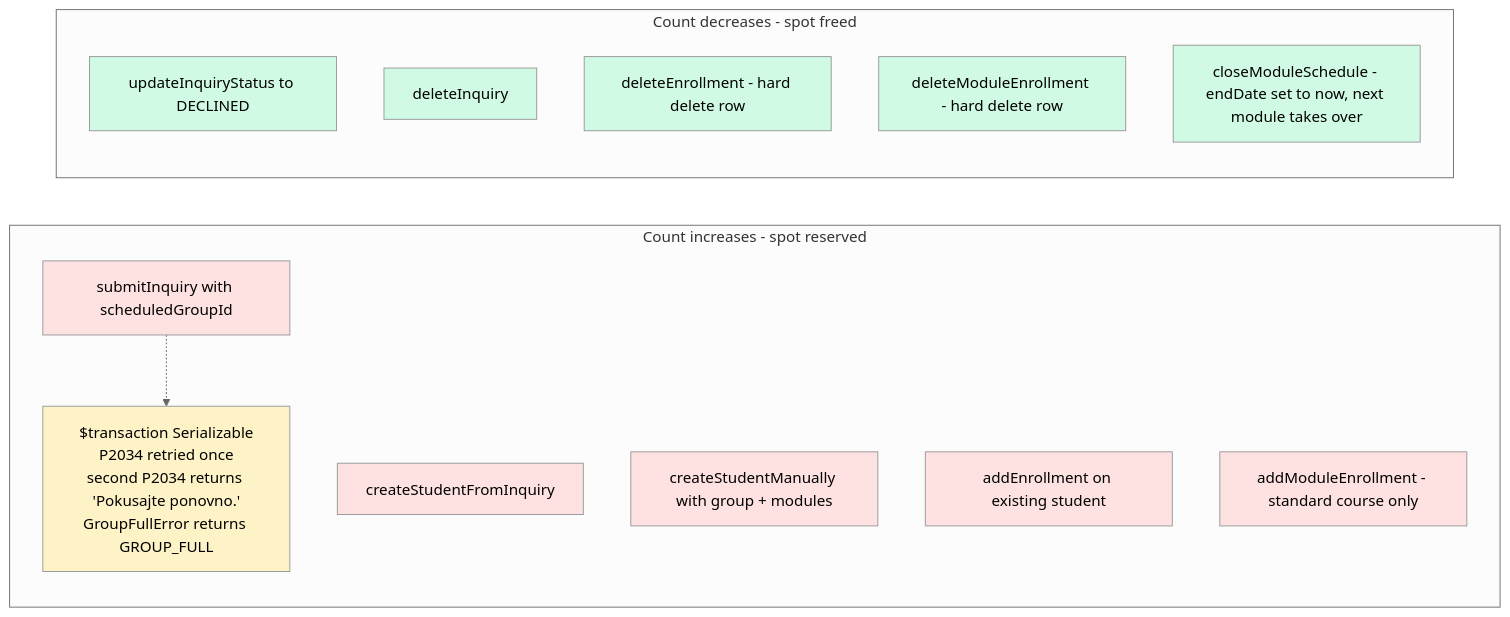
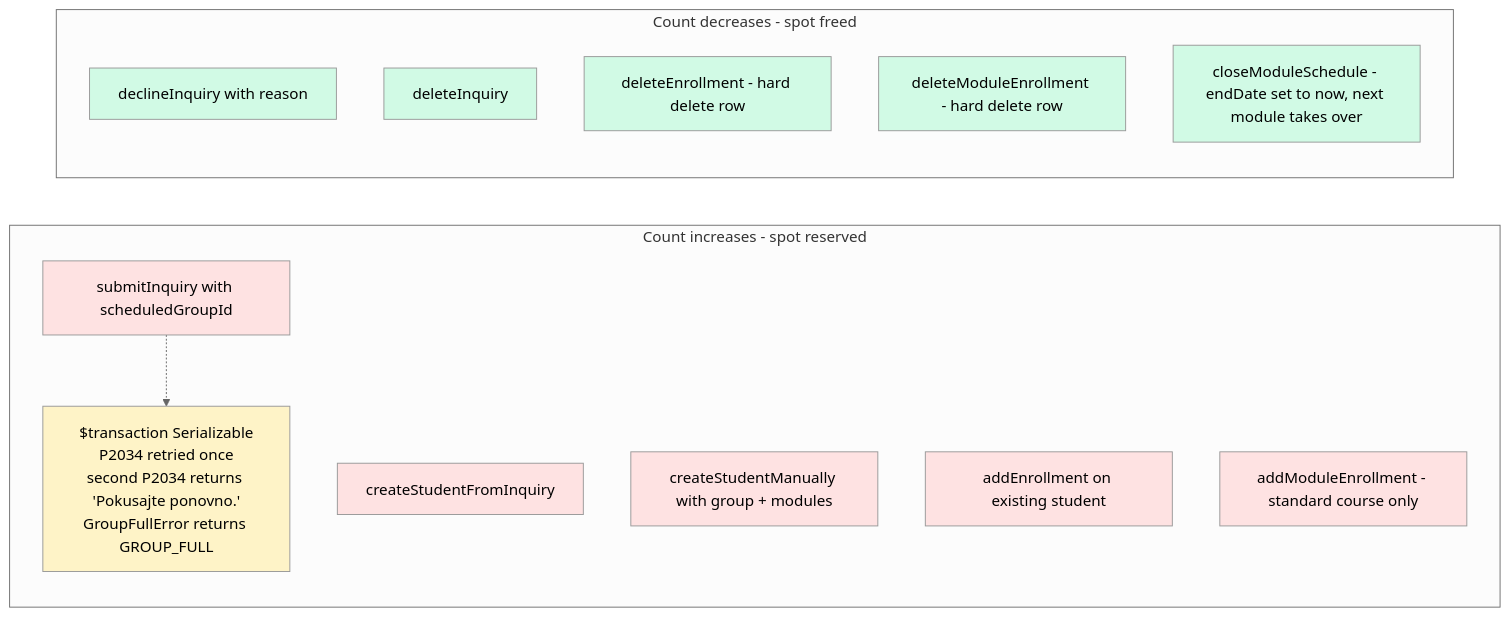
Before and after one commit to jpucic00/inovatic: the third of 12 diagrams in docs/diagrams/flowchart.md, drawn with Mermaid (neutral theme). The commit also changed other lines of this file and 1 other file, not shown here.

First line of the commit message:
Update enrollment diagrams for declineInquiry and capacity guard

````diff
--- a/docs/diagrams/flowchart.md
+++ b/docs/diagrams/flowchart.md
@@ -47,32 +47,32 @@
 ```mermaid
 flowchart LR
     subgraph "Count increases - spot reserved"
         R1[submitInquiry with scheduledGroupId]
         R2[createStudentFromInquiry]
         R3[createStudentManually with group + modules]
         R4[addEnrollment on existing student]
         R5[addModuleEnrollment - standard course only]
         R1_TX["$transaction Serializable<br/>P2034 retried once<br/>second P2034 returns 'Pokusajte ponovno.'<br/>GroupFullError returns GROUP_FULL"]
         R1 -.-> R1_TX
     end
 
     subgraph "Count decreases - spot freed"
-        F1[updateInquiryStatus to DECLINED]
+        F1[declineInquiry with reason]
         F2[deleteInquiry]
         F3[deleteEnrollment - hard delete row]
         F4[deleteModuleEnrollment - hard delete row]
         F5["closeModuleSchedule - endDate set to now, next module takes over"]
     end
 
     style R1 fill:#fee2e2
     style R2 fill:#fee2e2
     style R3 fill:#fee2e2
     style R4 fill:#fee2e2
     style R5 fill:#fee2e2
     style R1_TX fill:#fef3c7
     style F1 fill:#d1fae5
     style F2 fill:#d1fae5
     style F3 fill:#d1fae5
     style F4 fill:#d1fae5
     style F5 fill:#d1fae5
 ```
````
